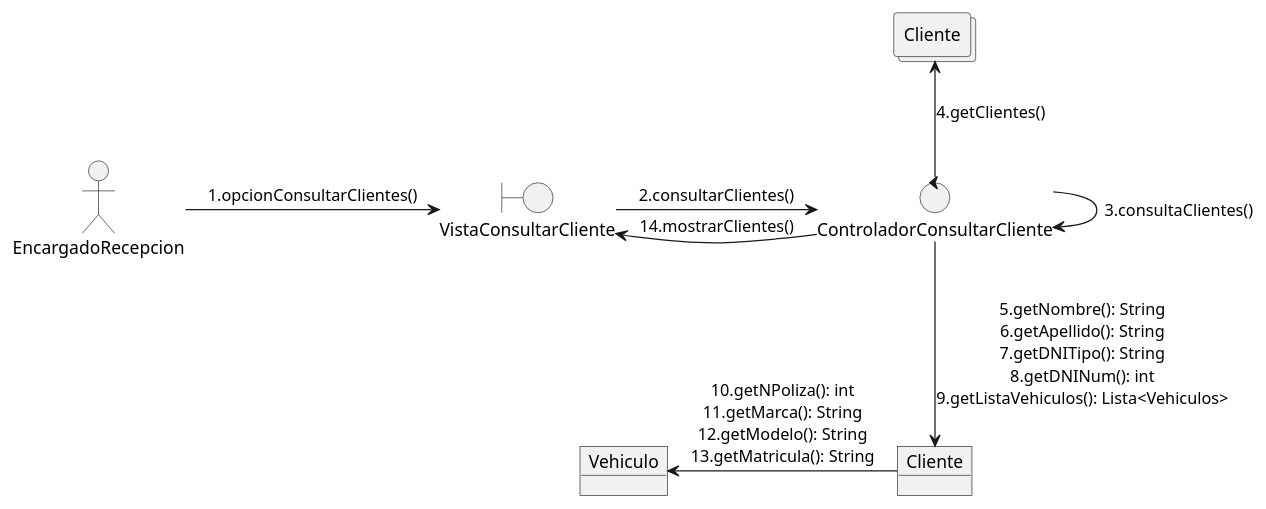
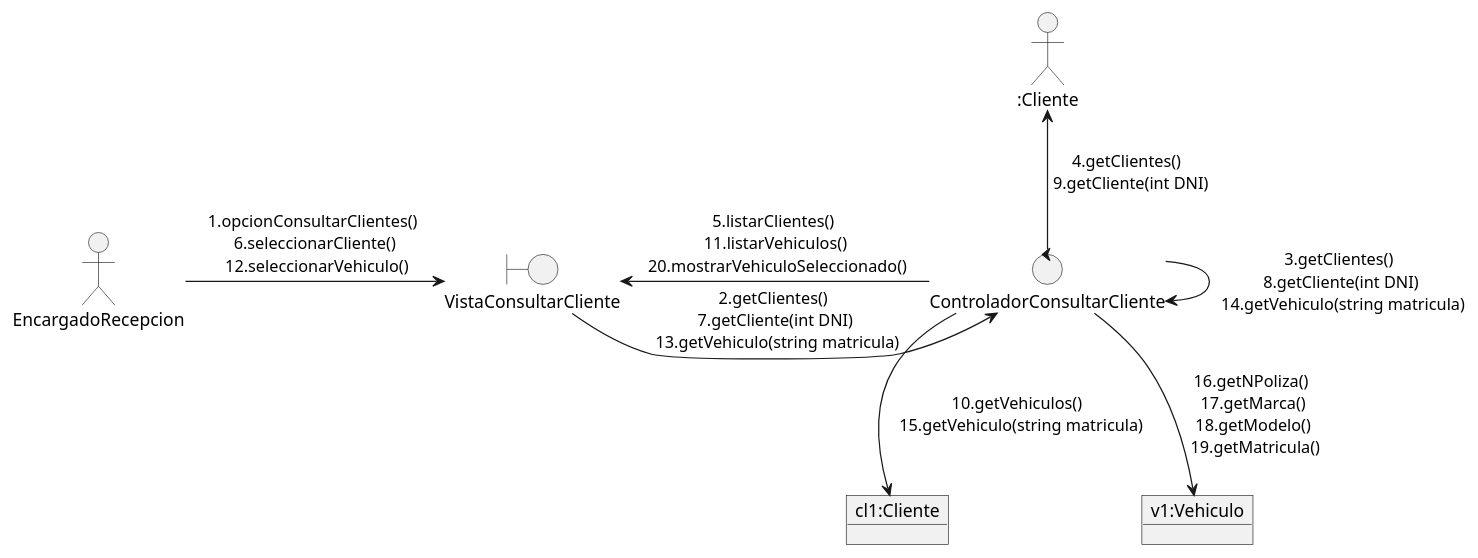
One commit to MatiasCermak/tp-integrador-doo changed the diagram in UML/Diagrama_Colab_Consultar_Cliente.puml. Above: the diagram before and after it, drawn with PlantUML. The commit also changed 5 other files, not shown here.

```diff
--- a/UML/Diagrama_Colab_Consultar_Cliente.puml
+++ b/UML/Diagrama_Colab_Consultar_Cliente.puml
@@ -1,16 +1,16 @@
 @startuml Diagrama Colaboracion Consultar Cliente
 allow_mixing
 actor :EncargadoRecepcion: as encRec
 boundary "VistaConsultarCliente" as view
 control "ControladorConsultarCliente" as ctrl
-collections "Cliente" as col
-object "Cliente" as cli
-object "Vehiculo" as veh
-encRec->view : 1.opcionConsultarClientes()
-view->ctrl : 2.consultarClientes()
-ctrl->ctrl : 3.consultaClientes()
-ctrl-up->col : 4.getClientes()
-ctrl -down-> cli : 5.getNombre(): String\n6.getApellido(): String\n7.getDNITipo(): String\n8.getDNINum(): int\n9.getListaVehiculos(): Lista<Vehiculos>
-cli -left-> veh : 10.getNPoliza(): int\n11.getMarca(): String\n12.getModelo(): String\n13.getMatricula(): String 
-view<-ctrl : 14.mostrarClientes()
+collections ":Cliente" as col
+object "cl1:Cliente" as cli
+object "v1:Vehiculo" as veh
+encRec->view : 1.opcionConsultarClientes() \n 6.seleccionarCliente() \n 12.seleccionarVehiculo()
+view->ctrl : 2.getClientes() \n 7.getCliente(int DNI) \n 13.getVehiculo(string matricula)
+ctrl->ctrl : 3.getClientes() \n 8.getCliente(int DNI) \n 14.getVehiculo(string matricula)
+ctrl-up->col : 4.getClientes() \n 9.getCliente(int DNI)
+ctrl -down-> cli : 10.getVehiculos() \n 15.getVehiculo(string matricula)
+ctrl -down-> veh : 16.getNPoliza() \n 17.getMarca() \n 18.getModelo() \n 19.getMatricula()
+view<-ctrl : 5.listarClientes() \n 11.listarVehiculos() \n 20.mostrarVehiculoSeleccionado()
 @enduml
```
